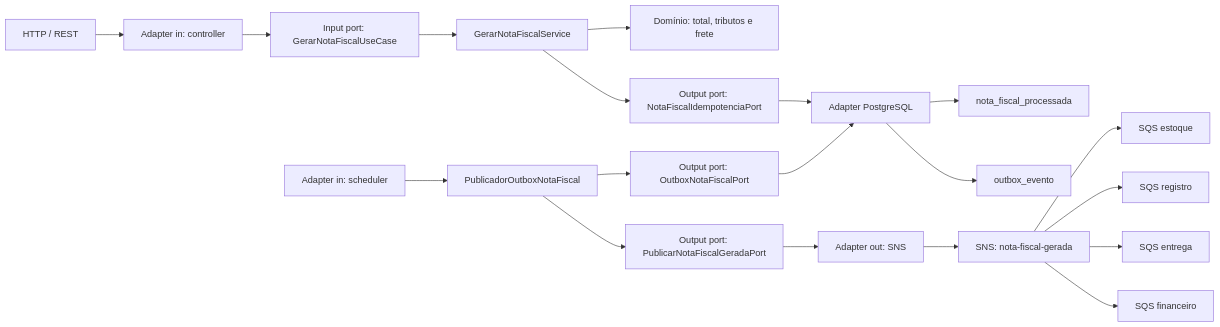
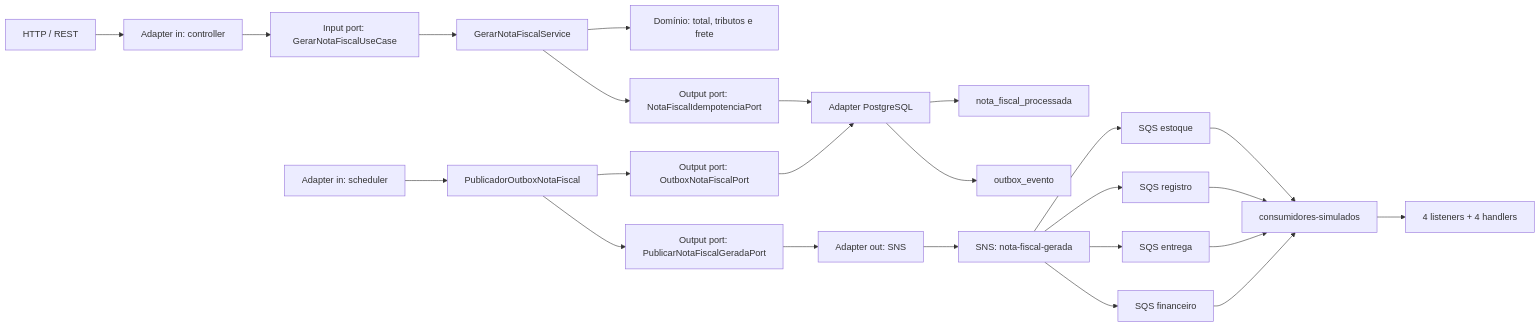
The first of 2 diagrams in ARCHITECTURE.md (lvilelas/case-nota-fiscal), drawn with Mermaid before and after one commit. The commit also changed other lines of this file and 42 other files, not shown here.

Commit message:
adiciona consumidores SQS simulados para fins didáticos

````diff
--- a/ARCHITECTURE.md
+++ b/ARCHITECTURE.md
@@ -7,21 +7,26 @@
 ```mermaid
 flowchart LR
     HTTP["HTTP / REST"] --> CONTROLLER["Adapter in: controller"]
     CONTROLLER --> USECASE["Input port: GerarNotaFiscalUseCase"]
     USECASE --> APP["GerarNotaFiscalService"]
     APP --> DOMAIN["Domínio: total, tributos e frete"]
     APP --> IDEMPOTENCIA["Output port: NotaFiscalIdempotenciaPort"]
     IDEMPOTENCIA --> POSTGRES["Adapter PostgreSQL"]
     POSTGRES --> NOTA["nota_fiscal_processada"]
     POSTGRES --> OUTBOX["outbox_evento"]
     SCHEDULER["Adapter in: scheduler"] --> PUBLICADOR["PublicadorOutboxNotaFiscal"]
     PUBLICADOR --> OUTBOXPORT["Output port: OutboxNotaFiscalPort"]
     OUTBOXPORT --> POSTGRES
     PUBLICADOR --> SNSPORT["Output port: PublicarNotaFiscalGeradaPort"]
     SNSPORT --> SNSADAPTER["Adapter out: SNS"]
     SNSADAPTER --> TOPIC["SNS: nota-fiscal-gerada"]
     TOPIC --> ESTOQUE["SQS estoque"]
     TOPIC --> REGISTRO["SQS registro"]
     TOPIC --> ENTREGA["SQS entrega"]
     TOPIC --> FINANCEIRO["SQS financeiro"]
+    ESTOQUE --> WORKER["consumidores-simulados"]
+    REGISTRO --> WORKER
+    ENTREGA --> WORKER
+    FINANCEIRO --> WORKER
+    WORKER --> HANDLERS["4 listeners + 4 handlers"]
 ```
````
